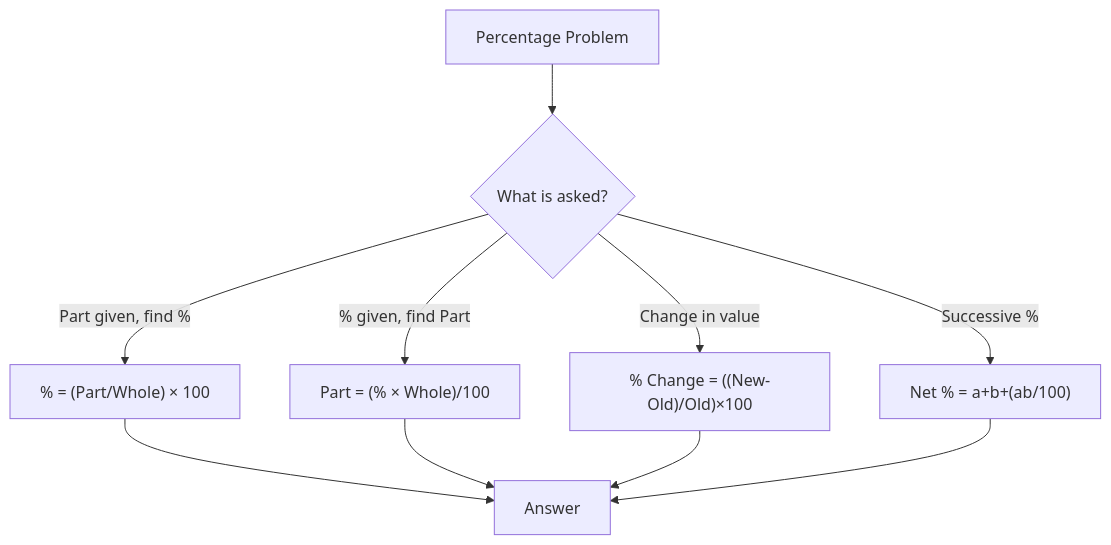
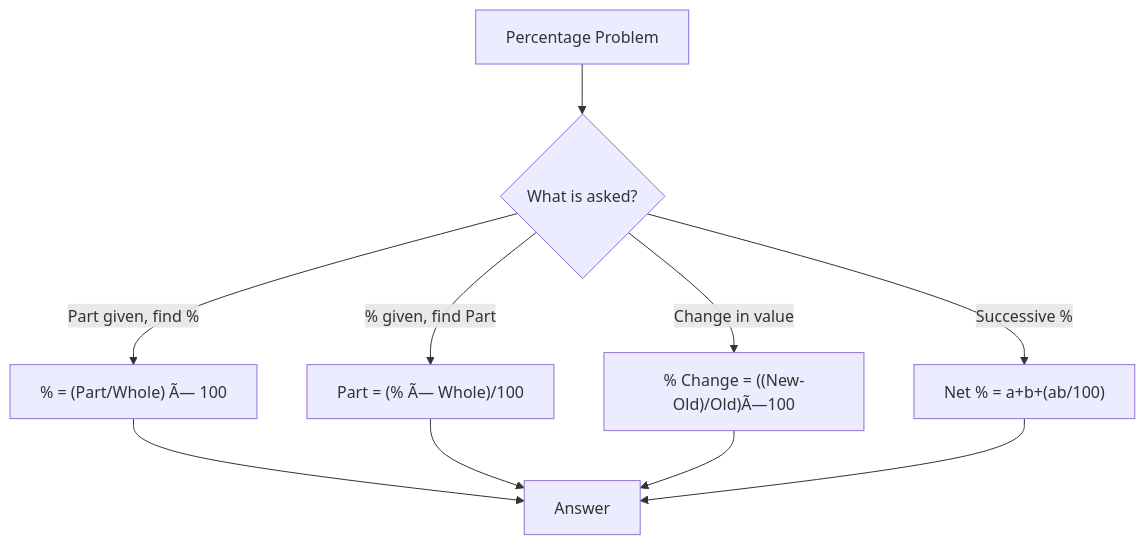
One commit to Raushan666java/ai-engineering-journey changed the first of 11 diagrams in docs/courses/quantitative-aptitude/01-arithmetic-foundation.md. Above: the diagram before and after it, drawn with Mermaid. The commit also changed other lines of this file and 735 other files, not shown here.

````diff
--- a/docs/courses/quantitative-aptitude/01-arithmetic-foundation.md
+++ b/docs/courses/quantitative-aptitude/01-arithmetic-foundation.md
@@ -237,12 +237,12 @@
 ```mermaid
 flowchart TD
     A["Percentage Problem"] --> B{"What is asked?"}
-    B -->|"Part given, find %"| C["% = (Part/Whole) × 100"]
-    B -->|"% given, find Part"| D["Part = (% × Whole)/100"]
-    B -->|"Change in value"| E["% Change = ((New-Old)/Old)×100"]
+    B -->|"Part given, find %"| C["% = (Part/Whole) Ã— 100"]
+    B -->|"% given, find Part"| D["Part = (% Ã— Whole)/100"]
+    B -->|"Change in value"| E["% Change = ((New-Old)/Old)Ã—100"]
     B -->|"Successive %"| F["Net % = a+b+(ab/100)"]
     C --> G["Answer"]
     D --> G
     E --> G
     F --> G
 ```
````
